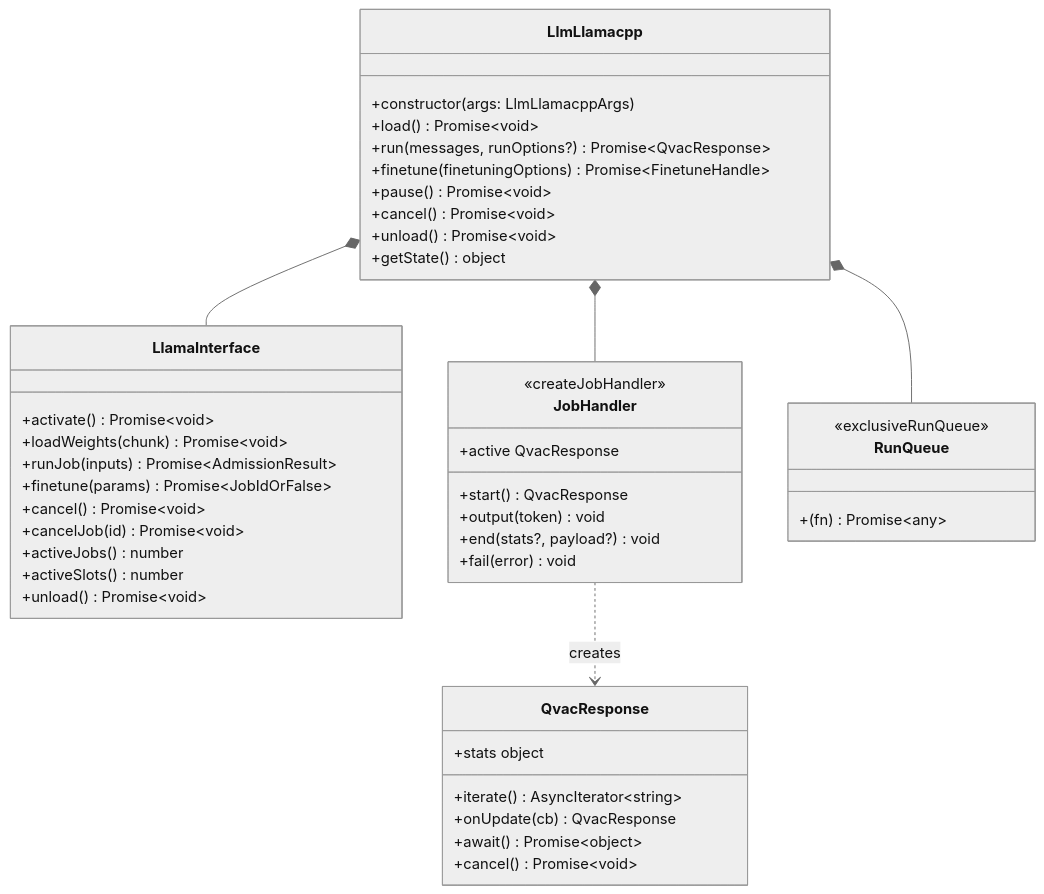
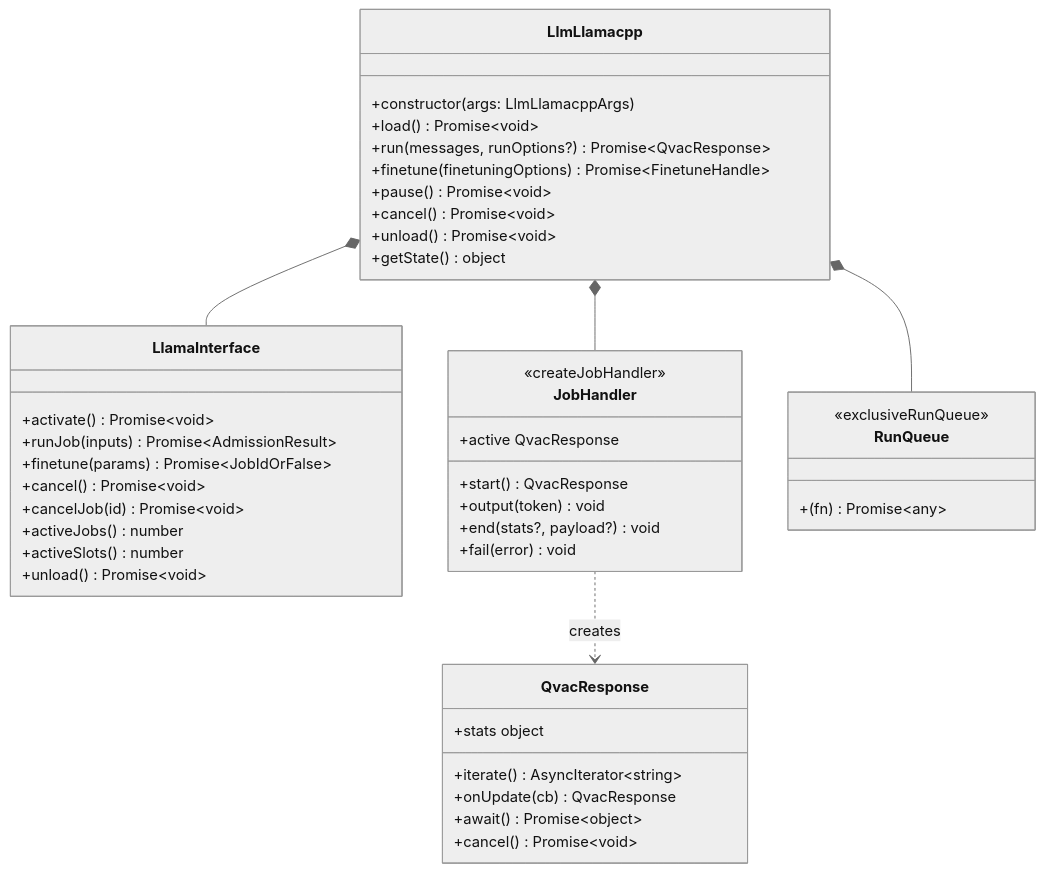
One commit to tetherto/qvac changed the second of 4 diagrams in packages/llm-llamacpp/docs/architecture.md. Above: the diagram before and after it, drawn with Mermaid (neutral theme). The commit also changed other lines of this file and 80 other files, not shown here.

````diff
--- a/packages/llm-llamacpp/docs/architecture.md
+++ b/packages/llm-llamacpp/docs/architecture.md
@@ -160,52 +160,51 @@
 ```mermaid
 classDiagram
     class LlmLlamacpp {
         +constructor(args: LlmLlamacppArgs)
         +load() Promise~void~
         +run(messages, runOptions?) Promise~QvacResponse~
         +finetune(finetuningOptions) Promise~FinetuneHandle~
         +pause() Promise~void~
         +cancel() Promise~void~
         +unload() Promise~void~
         +getState() object
     }
 
     class LlamaInterface {
         +activate() Promise~void~
-        +loadWeights(chunk) Promise~void~
         +runJob(inputs) Promise~AdmissionResult~
         +finetune(params) Promise~JobIdOrFalse~
         +cancel() Promise~void~
         +cancelJob(id) Promise~void~
         +activeJobs() number
         +activeSlots() number
         +unload() Promise~void~
     }
 
     class JobHandler {
         <<createJobHandler>>
         +start() QvacResponse
         +output(token) void
         +end(stats?, payload?) void
         +fail(error) void
         +active QvacResponse
     }
 
     class RunQueue {
         <<exclusiveRunQueue>>
         +(fn) Promise~any~
     }
 
     class QvacResponse {
         +iterate() AsyncIterator~string~
         +onUpdate(cb) QvacResponse
         +await() Promise~object~
         +cancel() Promise~void~
         +stats object
     }
 
     LlmLlamacpp *-- LlamaInterface
     LlmLlamacpp *-- JobHandler
     LlmLlamacpp *-- RunQueue
     JobHandler ..> QvacResponse : creates
 ```
````
